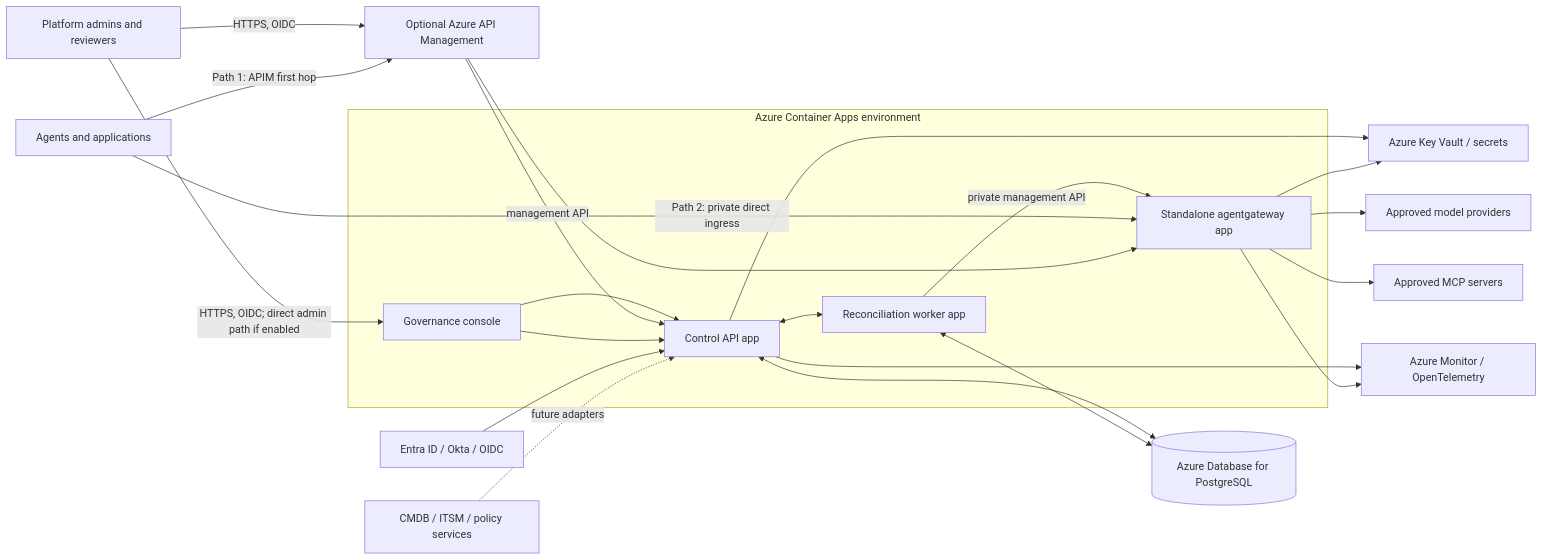
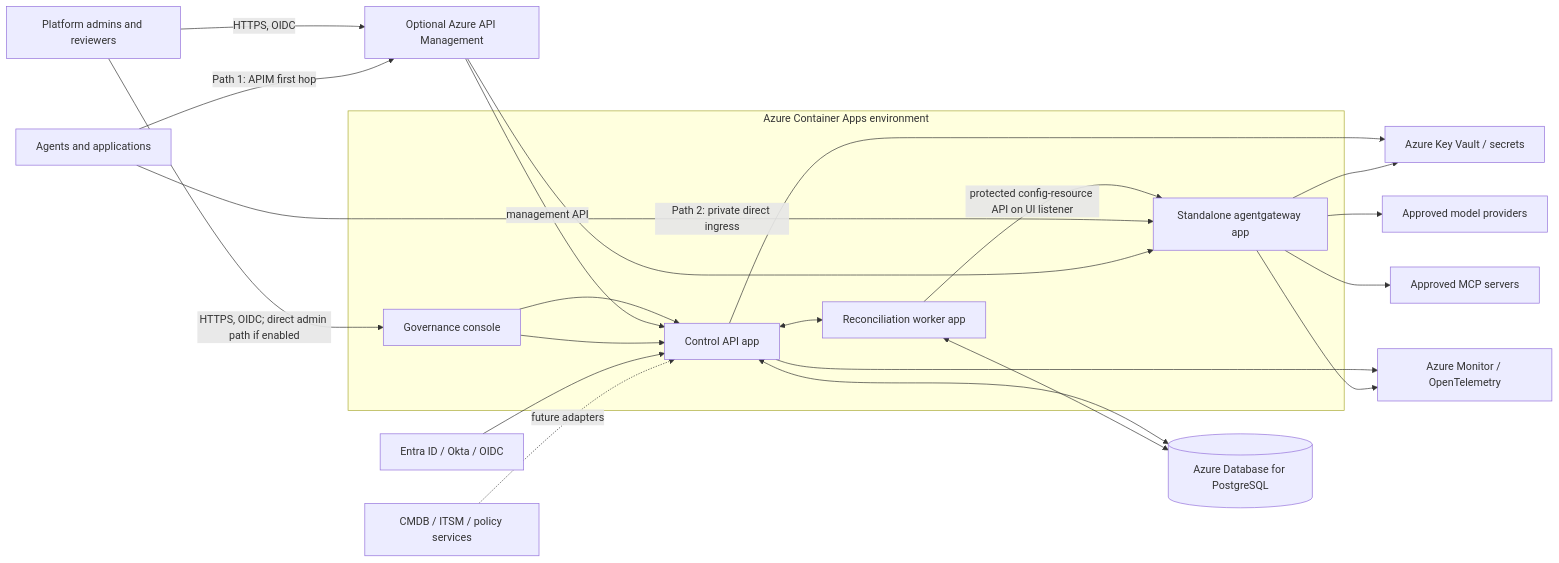
The first of 2 diagrams in ai-platform/docs/architecture/system-overview.md (ramabaswa/AI-Governance-Plane), drawn with Mermaid before and after one commit. The commit also changed other lines of this file and 9 other files, not shown here.

Commit message:
feat: Update documentation and scripts for Azure Container Apps deployment, enhance config-resource API details, and clarify ingress settings

````diff
--- a/ai-platform/docs/architecture/system-overview.md
+++ b/ai-platform/docs/architecture/system-overview.md
@@ -9,42 +9,42 @@
 ```mermaid
 flowchart LR
     People["Platform admins and reviewers"]
     Agents["Agents and applications"]
     IdP["Entra ID / Okta / OIDC"]
     APIM["Optional Azure API Management"]
 
     subgraph ACA["Azure Container Apps environment"]
         Console["Governance console"]
         API["Control API app"]
         Worker["Reconciliation worker app"]
         Gateway["Standalone agentgateway app"]
         Console --> API
         API <--> Worker
-        Worker -->|"private management API"| Gateway
+        Worker -->|"protected config-resource API on UI listener"| Gateway
     end
 
     PG[("Azure Database for PostgreSQL")]
     KV["Azure Key Vault / secrets"]
     Model["Approved model providers"]
     MCP["Approved MCP servers"]
     Monitor["Azure Monitor / OpenTelemetry"]
     CMDB["CMDB / ITSM / policy services"]
 
     People -->|"HTTPS, OIDC"| APIM
     APIM -->|"management API"| API
     People -->|"HTTPS, OIDC; direct admin path if enabled"| Console
     Console --> API
     IdP --> API
     API <--> PG
     Worker <--> PG
     API --> KV
     Gateway --> KV
     Agents -->|"Path 1: APIM first hop"| APIM
     Agents -->|"Path 2: private direct ingress"| Gateway
     APIM --> Gateway
     Gateway --> Model
     Gateway --> MCP
     API --> Monitor
     Gateway --> Monitor
     CMDB -. "future adapters" .-> API
 ```
````
